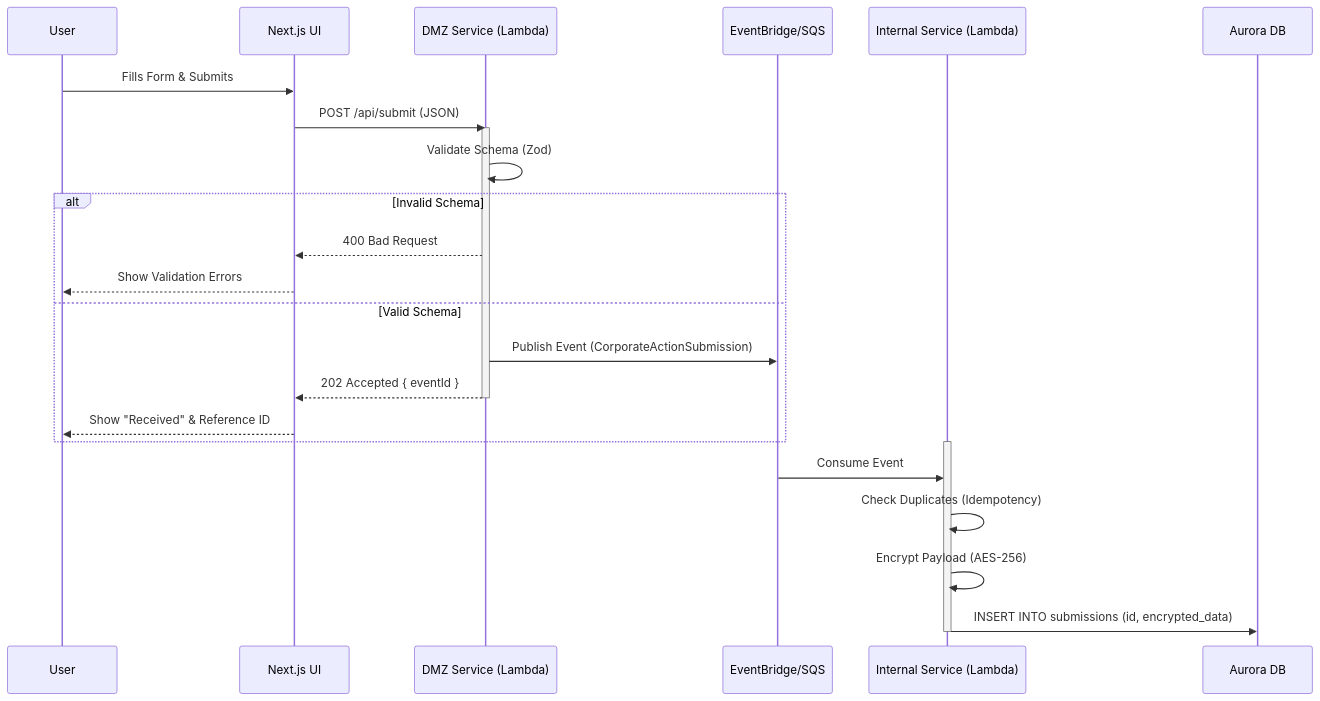
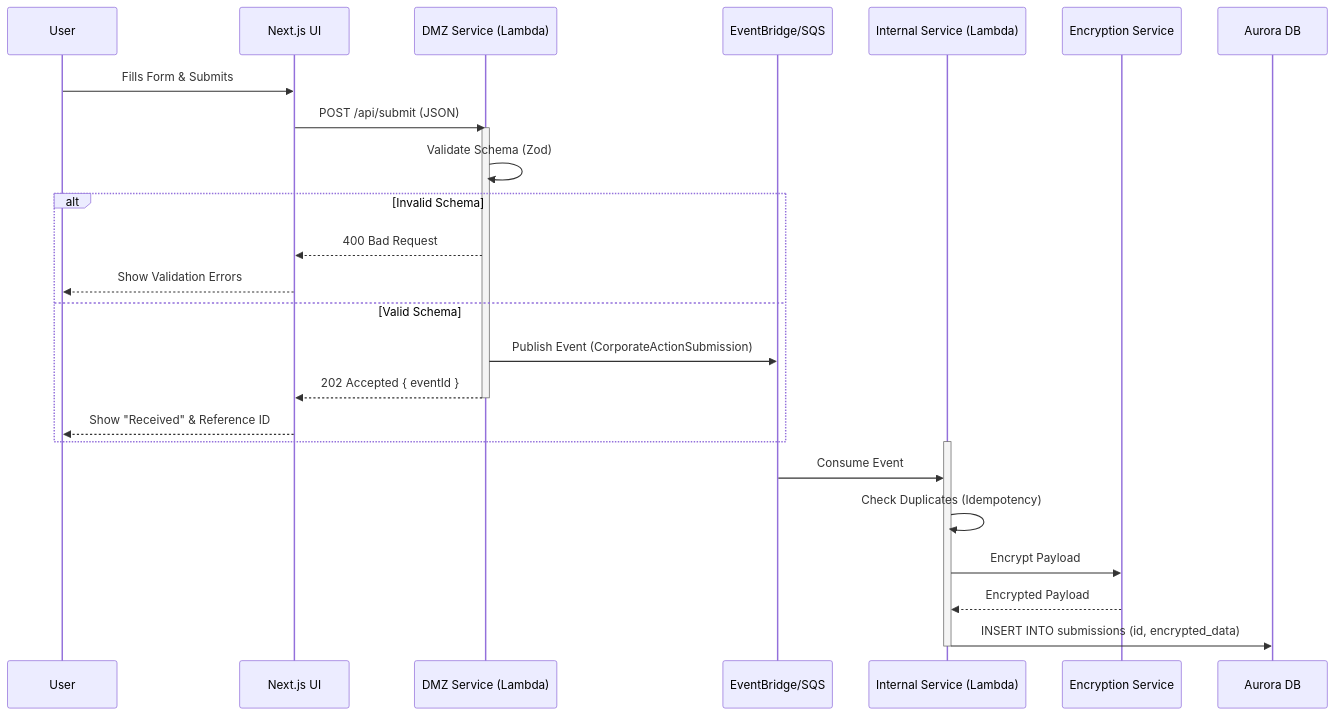
Before and after one commit to mgarythomas/aws-design-docs: the second of 3 diagrams in DESIGN.md, drawn with Mermaid. The commit also changed other lines of this file and 1 other file, not shown here.

Commit message:
feat: Add a dedicated Encryption Service and update the architecture diagram, data flow, and security strategy in the design document.

````diff
--- a/DESIGN.md
+++ b/DESIGN.md
@@ -66,30 +72,32 @@
 ```mermaid
 sequenceDiagram
     participant User
     participant UI as Next.js UI
     participant DMZ as DMZ Service (Lambda)
     participant EB as EventBridge/SQS
     participant Internal as Internal Service (Lambda)
+    participant Encryption as Encryption Service
     participant DB as Aurora DB
 
     User->>UI: Fills Form & Submits
     UI->>DMZ: POST /api/submit (JSON)
     activate DMZ
     DMZ->>DMZ: Validate Schema (Zod)
     alt Invalid Schema
         DMZ-->>UI: 400 Bad Request
         UI-->>User: Show Validation Errors
     else Valid Schema
         DMZ->>EB: Publish Event (CorporateActionSubmission)
         DMZ-->>UI: 202 Accepted { eventId }
         deactivate DMZ
         UI-->>User: Show "Received" & Reference ID
     end
 
     activate Internal
     EB->>Internal: Consume Event
     Internal->>Internal: Check Duplicates (Idempotency)
-    Internal->>Internal: Encrypt Payload (AES-256)
+    Internal->>Encryption: Encrypt Payload
+    Encryption-->>Internal: Encrypted Payload
     Internal->>DB: INSERT INTO submissions (id, encrypted_data)
     deactivate Internal
 ```
````
